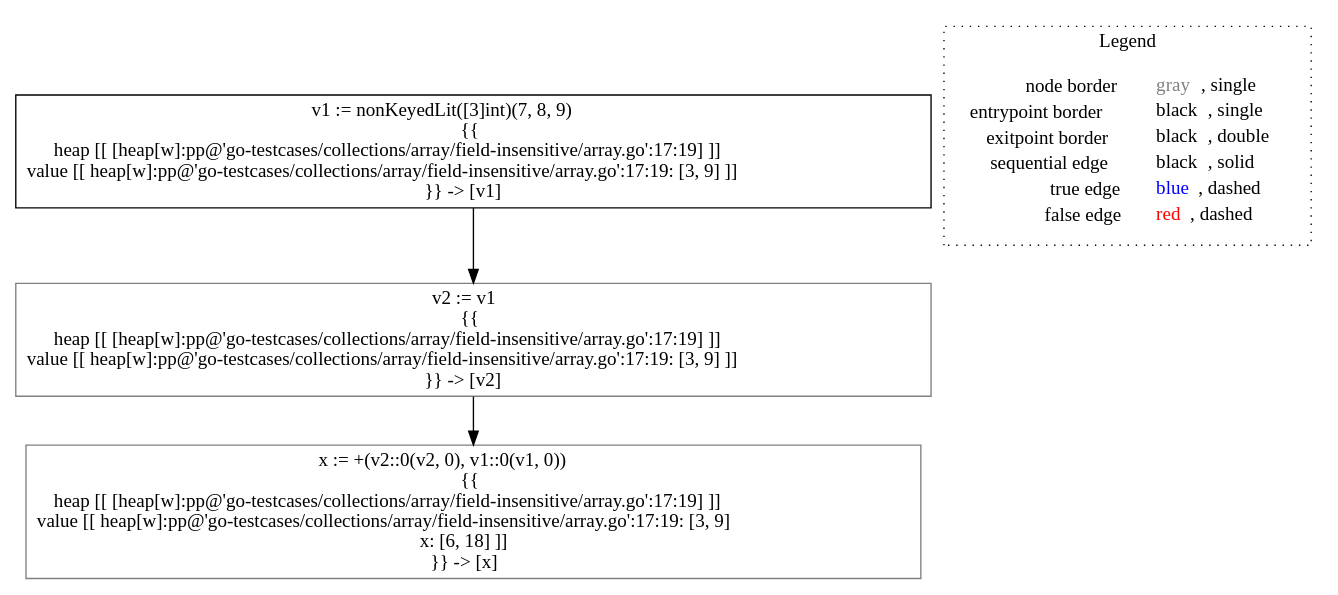
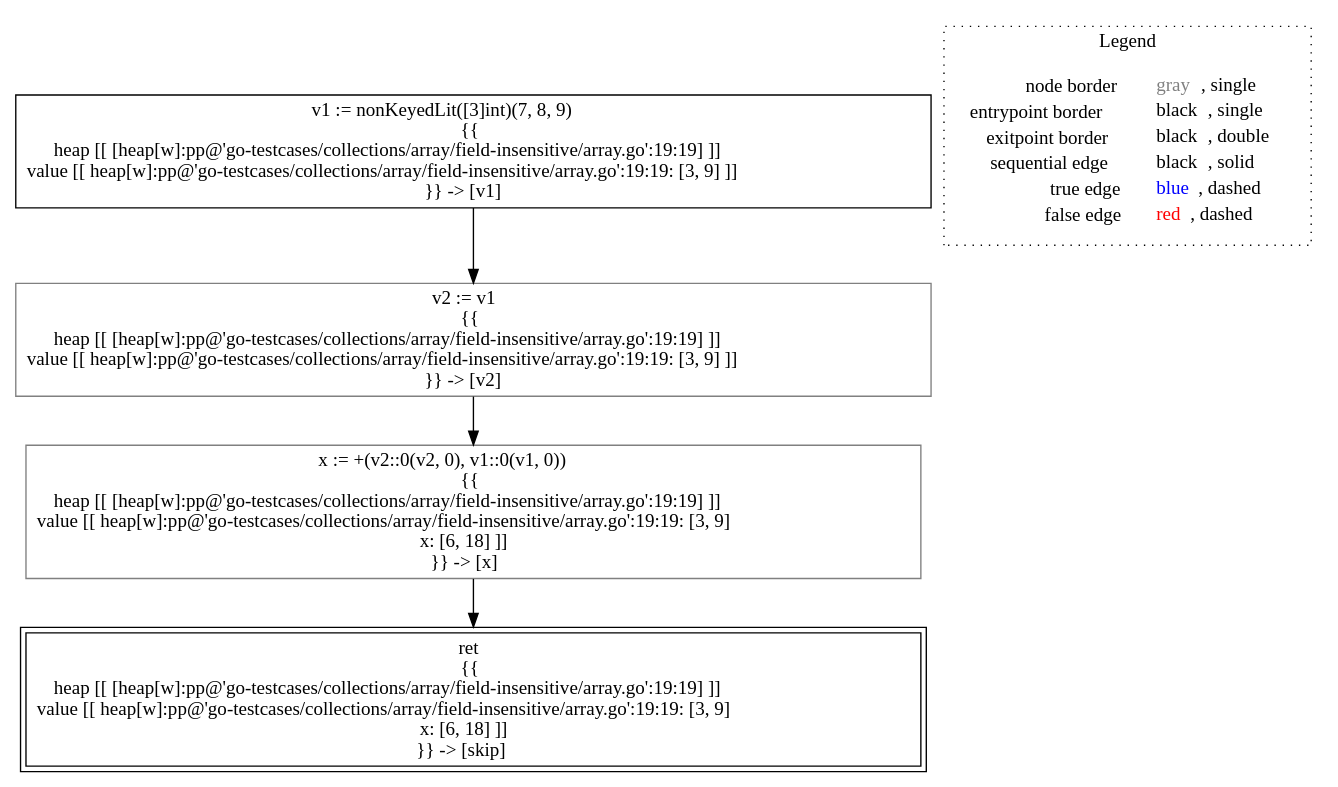
The diagram in go-lisa/go-testcases/collections/array/field-insensitive/analysis___untyped_~LiSAProgram.alias().dot (lisa-analyzer/go-lisa), drawn with Graphviz before and after one commit. The commit also changed 86 other files, not shown here.

```diff
--- a/go-lisa/go-testcases/collections/array/field-insensitive/analysis___untyped_~LiSAProgram.alias().dot
+++ b/go-lisa/go-testcases/collections/array/field-insensitive/analysis___untyped_~LiSAProgram.alias().dot
@@ -1,14 +1,16 @@
 digraph {
-	"node0" [shape="rect",color="black",label=<v1 := nonKeyedLit([3]int)(7, 8, 9)<BR/>{{<BR/>heap [[ [heap[w]:pp@'go-testcases/collections/array/field-insensitive/array.go':17:19] ]]<BR/>value [[ heap[w]:pp@'go-testcases/collections/array/field-insensitive/array.go':17:19: [3, 9] ]]<BR/>}} -&gt; [v1]>];
-	"node1" [shape="rect",color="gray",label=<x := +(v2::0(v2, 0), v1::0(v1, 0))<BR/>{{<BR/>heap [[ [heap[w]:pp@'go-testcases/collections/array/field-insensitive/array.go':17:19] ]]<BR/>value [[ heap[w]:pp@'go-testcases/collections/array/field-insensitive/array.go':17:19: [3, 9]<BR/>x: [6, 18] ]]<BR/>}} -&gt; [x]>];
-	"node2" [shape="rect",color="gray",label=<v2 := v1<BR/>{{<BR/>heap [[ [heap[w]:pp@'go-testcases/collections/array/field-insensitive/array.go':17:19] ]]<BR/>value [[ heap[w]:pp@'go-testcases/collections/array/field-insensitive/array.go':17:19: [3, 9] ]]<BR/>}} -&gt; [v2]>];
+	"node0" [shape="rect",color="black",label=<v1 := nonKeyedLit([3]int)(7, 8, 9)<BR/>{{<BR/>heap [[ [heap[w]:pp@'go-testcases/collections/array/field-insensitive/array.go':19:19] ]]<BR/>value [[ heap[w]:pp@'go-testcases/collections/array/field-insensitive/array.go':19:19: [3, 9] ]]<BR/>}} -&gt; [v1]>];
+	"node1" [shape="rect",color="gray",label=<x := +(v2::0(v2, 0), v1::0(v1, 0))<BR/>{{<BR/>heap [[ [heap[w]:pp@'go-testcases/collections/array/field-insensitive/array.go':19:19] ]]<BR/>value [[ heap[w]:pp@'go-testcases/collections/array/field-insensitive/array.go':19:19: [3, 9]<BR/>x: [6, 18] ]]<BR/>}} -&gt; [x]>];
+	"node2" [shape="rect",color="gray",label=<v2 := v1<BR/>{{<BR/>heap [[ [heap[w]:pp@'go-testcases/collections/array/field-insensitive/array.go':19:19] ]]<BR/>value [[ heap[w]:pp@'go-testcases/collections/array/field-insensitive/array.go':19:19: [3, 9] ]]<BR/>}} -&gt; [v2]>];
+	"node3" [shape="rect",color="black",peripheries="2",label=<ret<BR/>{{<BR/>heap [[ [heap[w]:pp@'go-testcases/collections/array/field-insensitive/array.go':19:19] ]]<BR/>value [[ heap[w]:pp@'go-testcases/collections/array/field-insensitive/array.go':19:19: [3, 9]<BR/>x: [6, 18] ]]<BR/>}} -&gt; [skip]>];
+	"node1" -> "node3" [color="black"];
 	"node0" -> "node2" [color="black"];
 	"node2" -> "node1" [color="black"];
 subgraph cluster_legend {
 	label="Legend";
 	style=dotted;
 	node [shape=plaintext];
 	"legend" [label=<<table border="0" cellpadding="2" cellspacing="0" cellborder="0"><tr><td align="right">node border&nbsp;</td><td align="left"><font color="gray">gray</font>, single</td></tr><tr><td align="right">entrypoint border&nbsp;</td><td align="left"><font color="black">black</font>, single</td></tr><tr><td align="right">exitpoint border&nbsp;</td><td align="left"><font color="black">black</font>, double</td></tr><tr><td align="right">sequential edge&nbsp;</td><td align="left"><font color="black">black</font>, solid</td></tr><tr><td align="right">true edge&nbsp;</td><td align="left"><font color="blue">blue</font>, dashed</td></tr><tr><td align="right">false edge&nbsp;</td><td align="left"><font color="red">red</font>, dashed</td></tr></table>>];
 }
 
 }
```
